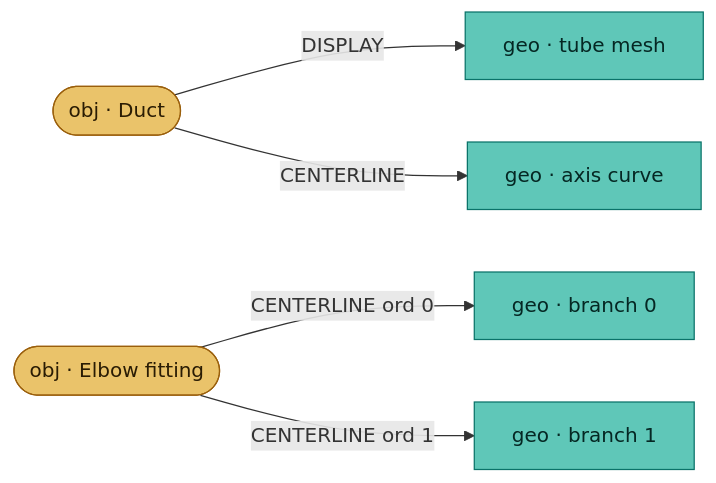
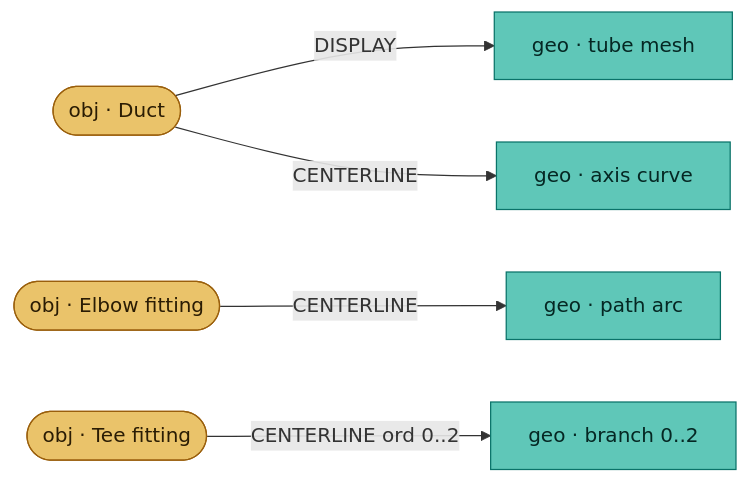
Before and after one commit to specklesystems/speckle-sharp-connectors: diagram 14 of 19 in docs/connector-relations.md, drawn with Mermaid. The commit also changed other lines of this file and 2 other files, not shown here.

Commit message:
feat(revit): ship fitting centerlines as the family's own path curves (ENG-10348) (#1592)

````diff
--- a/docs/connector-relations.md
+++ b/docs/connector-relations.md
@@ -418,15 +418,16 @@
 ```mermaid
 graph LR
   DU([obj · Duct]):::obj
   SH[geo · tube mesh]:::geo
   AX[geo · axis curve]:::geo
   DU -->|DISPLAY| SH
   DU -->|CENTERLINE| AX
   EL([obj · Elbow fitting]):::obj
-  B0[geo · branch 0]:::geo
-  B1[geo · branch 1]:::geo
-  EL -->|CENTERLINE ord 0| B0
-  EL -->|CENTERLINE ord 1| B1
+  B0[geo · path arc]:::geo
+  TE([obj · Tee fitting]):::obj
+  B1[geo · branch 0..2]:::geo
+  EL -->|CENTERLINE| B0
+  TE -->|CENTERLINE ord 0..2| B1
   classDef obj fill:#eac36a,stroke:#9a5f0c,color:#2a1c04;
   classDef geo fill:#5fc7b8,stroke:#0a7369,color:#052723;
 ```
````
